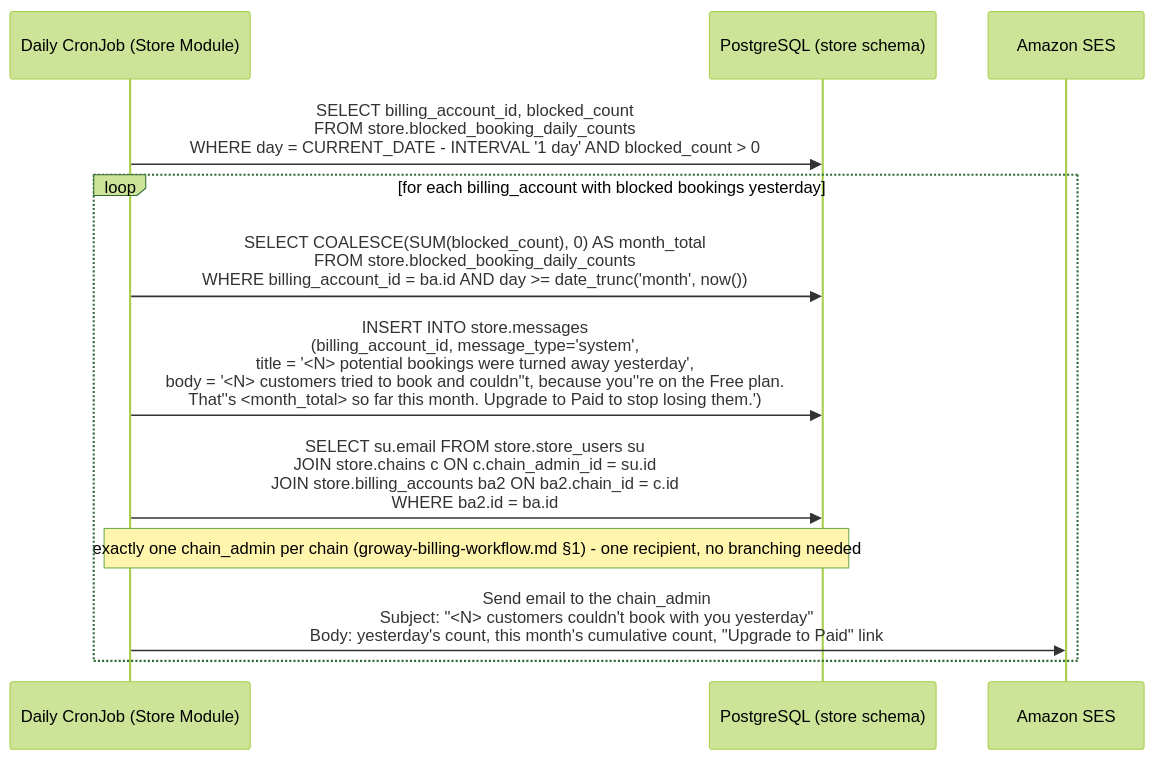
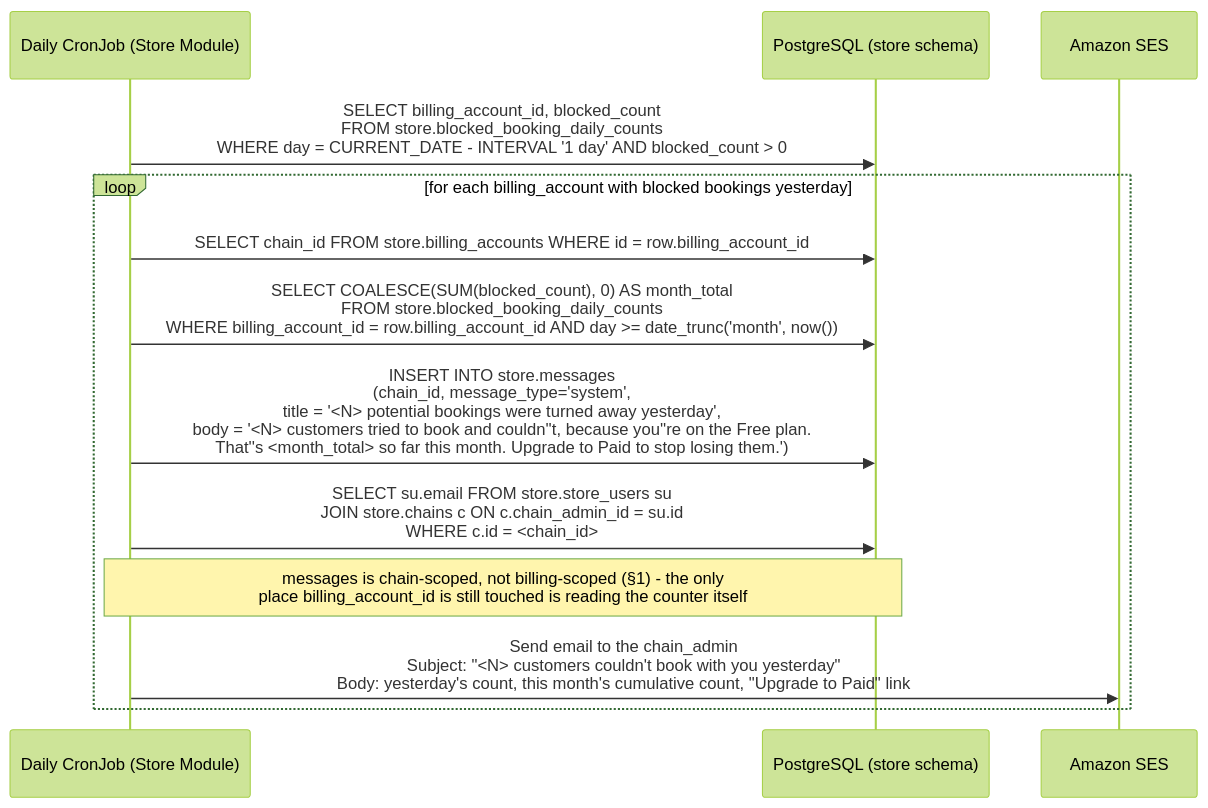
The first of 3 diagrams in usercasestudy/groway-store-notifications-workflow.md (szhanggit/appointmentsystemdesign), drawn with Mermaid (forest theme) before and after one commit. The commit also changed other lines of this file, not shown here.

Commit message:
change from billing_account_id to chain_id.

````diff
--- a/usercasestudy/groway-store-notifications-workflow.md
+++ b/usercasestudy/groway-store-notifications-workflow.md
@@ -36,15 +36,16 @@
 ```mermaid
 sequenceDiagram
     participant CRON as Daily CronJob (Store Module)
     participant DB as PostgreSQL (store schema)
     participant SES as Amazon SES
 
     CRON->>DB: SELECT billing_account_id, blocked_count<br/>FROM store.blocked_booking_daily_counts<br/>WHERE day = CURRENT_DATE - INTERVAL '1 day' AND blocked_count > 0
     loop for each billing_account with blocked bookings yesterday
-        CRON->>DB: SELECT COALESCE(SUM(blocked_count), 0) AS month_total<br/>FROM store.blocked_booking_daily_counts<br/>WHERE billing_account_id = ba.id AND day >= date_trunc('month', now())
-        CRON->>DB: INSERT INTO store.messages<br/>(billing_account_id, message_type='system',<br/>title = '<N> potential bookings were turned away yesterday',<br/>body = '<N> customers tried to book and couldn''t, because you''re on the Free plan.<br/>That''s <month_total> so far this month. Upgrade to Paid to stop losing them.')
-        CRON->>DB: SELECT su.email FROM store.store_users su<br/>JOIN store.chains c ON c.chain_admin_id = su.id<br/>JOIN store.billing_accounts ba2 ON ba2.chain_id = c.id<br/>WHERE ba2.id = ba.id
-        Note over CRON,DB: exactly one chain_admin per chain (groway-billing-workflow.md §1) - one recipient, no branching needed
+        CRON->>DB: SELECT chain_id FROM store.billing_accounts WHERE id = row.billing_account_id
+        CRON->>DB: SELECT COALESCE(SUM(blocked_count), 0) AS month_total<br/>FROM store.blocked_booking_daily_counts<br/>WHERE billing_account_id = row.billing_account_id AND day >= date_trunc('month', now())
+        CRON->>DB: INSERT INTO store.messages<br/>(chain_id, message_type='system',<br/>title = '<N> potential bookings were turned away yesterday',<br/>body = '<N> customers tried to book and couldn''t, because you''re on the Free plan.<br/>That''s <month_total> so far this month. Upgrade to Paid to stop losing them.')
+        CRON->>DB: SELECT su.email FROM store.store_users su<br/>JOIN store.chains c ON c.chain_admin_id = su.id<br/>WHERE c.id = <chain_id>
+        Note over CRON,DB: messages is chain-scoped, not billing-scoped (§1) - the only<br/>place billing_account_id is still touched is reading the counter itself
         CRON->>SES: Send email to the chain_admin<br/>Subject: "<N> customers couldn't book with you yesterday"<br/>Body: yesterday's count, this month's cumulative count, "Upgrade to Paid" link
     end
 ```
````
